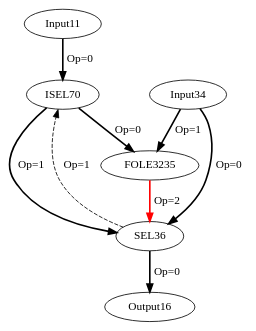
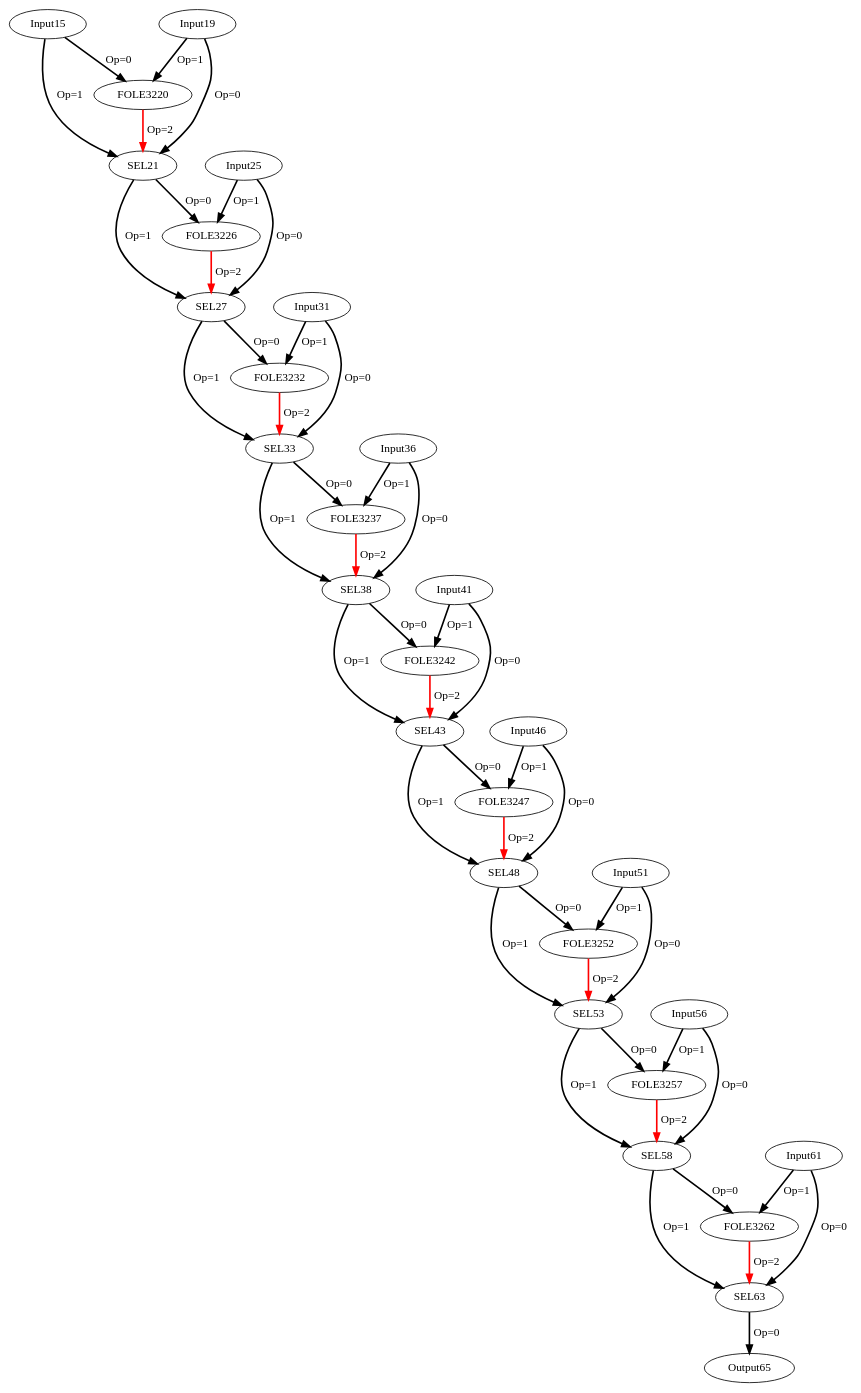
The diagram in experiments/ResnetSingleBLock/3_dfgs/forward_kernel_3.dot (MIONkb/cgrv-opt), drawn with Graphviz before and after one commit. The commit also changed 352 other files, not shown here.

```diff
--- a/experiments/ResnetSingleBLock/3_dfgs/forward_kernel_3.dot
+++ b/experiments/ResnetSingleBLock/3_dfgs/forward_kernel_3.dot
@@ -1,16 +1,77 @@
 Digraph G {
-Input11[opcode=Input, ref_name="arg", size="896", offset="0, 0", pattern="0, 3, 0, 3, 4, 56, 4, 4"];
-Output16[opcode=Output, ref_name="arg2", size="896", offset="0, 0", pattern="0, 3, 0, 3, 4, 56, 4, 4"];
-Input34[opcode=Input, ref_name="arg1", size="4100", offset="0, 0", pattern="4, 3, 448, 3, -912, 56, -448, 4"];
-FOLE3235[opcode=FOLE32];
-SEL36[opcode=SEL];
-ISEL70[opcode=ISEL, interval=9];
-Input34 -> SEL36[operand = 0 ,color = black, style = bold, label = "Op=0"];
-Input34 -> FOLE3235[operand = 1 ,color = black, style = bold, label = "Op=1"];
-FOLE3235 -> SEL36[operand = 2 ,color = red, style = bold, label = "Op=2"];
-Input11 -> ISEL70[operand = 0 ,color = black, style = bold, label = "Op=0"];
-SEL36 -> Output16[operand = 0 ,color = black, style = bold, label = "Op=0"];
-SEL36 -> ISEL70[operand = 1 ,color = black, style = dashed, constraint=false, backedge=1, label = "Op=1"];
-ISEL70 -> SEL36[operand = 1 ,color = black, style = bold, label = "Op=1"];
-ISEL70 -> FOLE3235[operand = 0 ,color = black, style = bold, label = "Op=0"];
+Input15[opcode=Input, ref_name="arg", size="896", offset="0, 0", pattern="4, 56, 4, 4"];
+Input19[opcode=Input, ref_name="arg1", size="3180", offset="0, 0", pattern="8, 56, 472, 4"];
+FOLE3220[opcode=FOLE32];
+SEL21[opcode=SEL];
+Input25[opcode=Input, ref_name="arg1", size="3180", offset="0, 4", pattern="8, 56, 472, 4"];
+FOLE3226[opcode=FOLE32];
+SEL27[opcode=SEL];
+Input31[opcode=Input, ref_name="arg1", size="3180", offset="0, 8", pattern="8, 56, 472, 4"];
+FOLE3232[opcode=FOLE32];
+SEL33[opcode=SEL];
+Input36[opcode=Input, ref_name="arg1", size="3180", offset="0, 456", pattern="8, 56, 472, 4"];
+FOLE3237[opcode=FOLE32];
+SEL38[opcode=SEL];
+Input41[opcode=Input, ref_name="arg1", size="3180", offset="0, 460", pattern="8, 56, 472, 4"];
+FOLE3242[opcode=FOLE32];
+SEL43[opcode=SEL];
+Input46[opcode=Input, ref_name="arg1", size="3180", offset="0, 464", pattern="8, 56, 472, 4"];
+FOLE3247[opcode=FOLE32];
+SEL48[opcode=SEL];
+Input51[opcode=Input, ref_name="arg1", size="3180", offset="0, 912", pattern="8, 56, 472, 4"];
+FOLE3252[opcode=FOLE32];
+SEL53[opcode=SEL];
+Input56[opcode=Input, ref_name="arg1", size="3180", offset="0, 916", pattern="8, 56, 472, 4"];
+FOLE3257[opcode=FOLE32];
+SEL58[opcode=SEL];
+Input61[opcode=Input, ref_name="arg1", size="3180", offset="0, 920", pattern="8, 56, 472, 4"];
+FOLE3262[opcode=FOLE32];
+SEL63[opcode=SEL];
+Output65[opcode=Output, ref_name="arg2", size="896", offset="0, 0", pattern="4, 56, 4, 4"];
+Input15 -> SEL21[operand = 1 ,color = black, style = bold, label = "Op=1"];
+Input15 -> FOLE3220[operand = 0 ,color = black, style = bold, label = "Op=0"];
+Input19 -> SEL21[operand = 0 ,color = black, style = bold, label = "Op=0"];
+Input19 -> FOLE3220[operand = 1 ,color = black, style = bold, label = "Op=1"];
+FOLE3220 -> SEL21[operand = 2 ,color = red, style = bold, label = "Op=2"];
+SEL21 -> SEL27[operand = 1 ,color = black, style = bold, label = "Op=1"];
+SEL21 -> FOLE3226[operand = 0 ,color = black, style = bold, label = "Op=0"];
+Input25 -> SEL27[operand = 0 ,color = black, style = bold, label = "Op=0"];
+Input25 -> FOLE3226[operand = 1 ,color = black, style = bold, label = "Op=1"];
+FOLE3226 -> SEL27[operand = 2 ,color = red, style = bold, label = "Op=2"];
+SEL27 -> SEL33[operand = 1 ,color = black, style = bold, label = "Op=1"];
+SEL27 -> FOLE3232[operand = 0 ,color = black, style = bold, label = "Op=0"];
+Input31 -> SEL33[operand = 0 ,color = black, style = bold, label = "Op=0"];
+Input31 -> FOLE3232[operand = 1 ,color = black, style = bold, label = "Op=1"];
+FOLE3232 -> SEL33[operand = 2 ,color = red, style = bold, label = "Op=2"];
+SEL33 -> SEL38[operand = 1 ,color = black, style = bold, label = "Op=1"];
+SEL33 -> FOLE3237[operand = 0 ,color = black, style = bold, label = "Op=0"];
+Input36 -> SEL38[operand = 0 ,color = black, style = bold, label = "Op=0"];
+Input36 -> FOLE3237[operand = 1 ,color = black, style = bold, label = "Op=1"];
+FOLE3237 -> SEL38[operand = 2 ,color = red, style = bold, label = "Op=2"];
+SEL38 -> SEL43[operand = 1 ,color = black, style = bold, label = "Op=1"];
+SEL38 -> FOLE3242[operand = 0 ,color = black, style = bold, label = "Op=0"];
+Input41 -> SEL43[operand = 0 ,color = black, style = bold, label = "Op=0"];
+Input41 -> FOLE3242[operand = 1 ,color = black, style = bold, label = "Op=1"];
+FOLE3242 -> SEL43[operand = 2 ,color = red, style = bold, label = "Op=2"];
+SEL43 -> SEL48[operand = 1 ,color = black, style = bold, label = "Op=1"];
+SEL43 -> FOLE3247[operand = 0 ,color = black, style = bold, label = "Op=0"];
+Input46 -> SEL48[operand = 0 ,color = black, style = bold, label = "Op=0"];
+Input46 -> FOLE3247[operand = 1 ,color = black, style = bold, label = "Op=1"];
+FOLE3247 -> SEL48[operand = 2 ,color = red, style = bold, label = "Op=2"];
+SEL48 -> SEL53[operand = 1 ,color = black, style = bold, label = "Op=1"];
+SEL48 -> FOLE3252[operand = 0 ,color = black, style = bold, label = "Op=0"];
+Input51 -> SEL53[operand = 0 ,color = black, style = bold, label = "Op=0"];
+Input51 -> FOLE3252[operand = 1 ,color = black, style = bold, label = "Op=1"];
+FOLE3252 -> SEL53[operand = 2 ,color = red, style = bold, label = "Op=2"];
+SEL53 -> SEL58[operand = 1 ,color = black, style = bold, label = "Op=1"];
+SEL53 -> FOLE3257[operand = 0 ,color = black, style = bold, label = "Op=0"];
+Input56 -> SEL58[operand = 0 ,color = black, style = bold, label = "Op=0"];
+Input56 -> FOLE3257[operand = 1 ,color = black, style = bold, label = "Op=1"];
+FOLE3257 -> SEL58[operand = 2 ,color = red, style = bold, label = "Op=2"];
+SEL58 -> SEL63[operand = 1 ,color = black, style = bold, label = "Op=1"];
+SEL58 -> FOLE3262[operand = 0 ,color = black, style = bold, label = "Op=0"];
+Input61 -> SEL63[operand = 0 ,color = black, style = bold, label = "Op=0"];
+Input61 -> FOLE3262[operand = 1 ,color = black, style = bold, label = "Op=1"];
+FOLE3262 -> SEL63[operand = 2 ,color = red, style = bold, label = "Op=2"];
+SEL63 -> Output65[operand = 0 ,color = black, style = bold, label = "Op=0"];
 }
```
